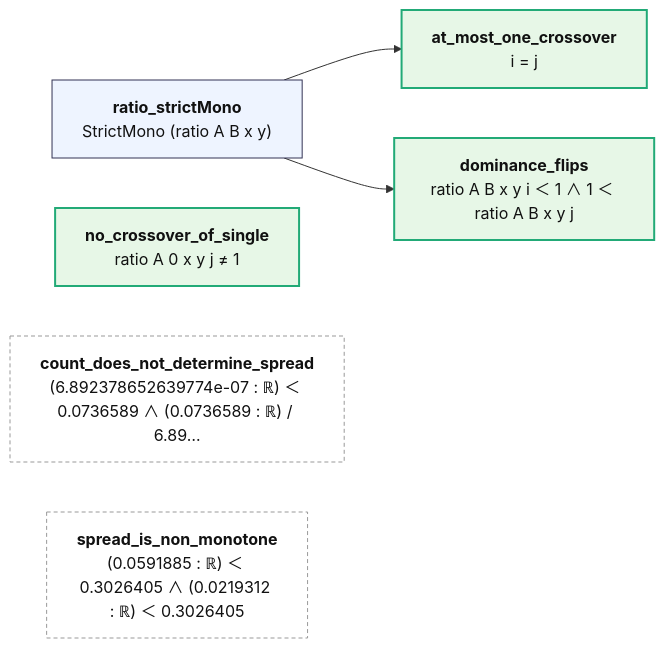
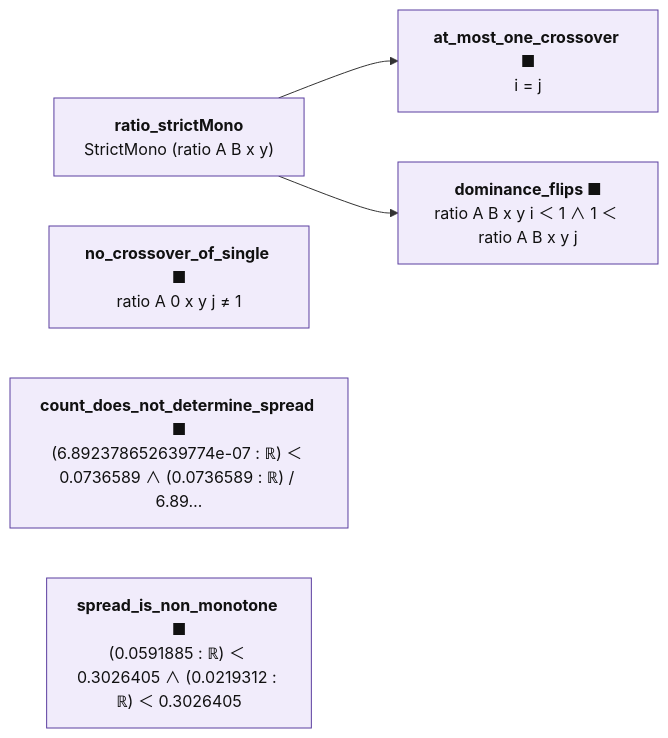
Before and after one commit to juliansambranojr/Primebeat_081426: the diagram in map/lean/Crossover.md, drawn with Mermaid. The commit also changed other lines of this file and 398 other files, not shown here.

````diff
--- a/map/lean/Crossover.md
+++ b/map/lean/Crossover.md
@@ -12,16 +12,19 @@
 ```mermaid
 flowchart LR
-  n0["<b>ratio_strictMono</b><br/>StrictMono (ratio A B x y)"]:::thm
-  n1["<b>at_most_one_crossover</b><br/>i = j"]:::end_
-  n2["<b>dominance_flips</b><br/>ratio A B x y i ＜ 1 ∧ 1 ＜ ratio A B x y j"]:::end_
-  n3["<b>no_crossover_of_single</b><br/>ratio A 0 x y j ≠ 1"]:::end_
-  n4["<b>count_does_not_determine_spread</b><br/>(6.892378652639774e-07 : ℝ) ＜ 0.0736589 ∧ (0.0736589 : ℝ) / 6.89…"]:::lone
-  n5["<b>spread_is_non_monotone</b><br/>(0.0591885 : ℝ) ＜ 0.3026405 ∧ (0.0219312 : ℝ) ＜ 0.3026405"]:::lone
+  n0["<b>ratio_strictMono</b><br/>StrictMono (ratio A B x y)"]:::shp
+  n1["<b>at_most_one_crossover ■</b><br/>i = j"]:::shp
+  n2["<b>dominance_flips ■</b><br/>ratio A B x y i ＜ 1 ∧ 1 ＜ ratio A B x y j"]:::shp
+  n3["<b>no_crossover_of_single ■</b><br/>ratio A 0 x y j ≠ 1"]:::shp
+  n4["<b>count_does_not_determine_spread ■</b><br/>(6.892378652639774e-07 : ℝ) ＜ 0.0736589 ∧ (0.0736589 : ℝ) / 6.89…"]:::shp
+  n5["<b>spread_is_non_monotone ■</b><br/>(0.0591885 : ℝ) ＜ 0.3026405 ∧ (0.0219312 : ℝ) ＜ 0.3026405"]:::shp
   n0 --> n1
   n0 --> n2
+  classDef cnt fill:#dff5ec,stroke:#17694a,color:#111
+  classDef shp fill:#f1ecfb,stroke:#5b3fa0,color:#111
+  classDef rh fill:#ffe5e5,stroke:#c22,color:#111,stroke-width:2px
   classDef thm fill:#eef4ff,stroke:#335,color:#111
   classDef end_ fill:#e7f7e7,stroke:#2a7,color:#111,stroke-width:2px
   classDef lone fill:#fff,stroke:#999,color:#111,stroke-dasharray:4 3
   classDef bad fill:#ffe5e5,stroke:#c22,color:#111,stroke-width:2px
   classDef ext fill:#fff8e1,stroke:#b80,color:#111
 ```
````
